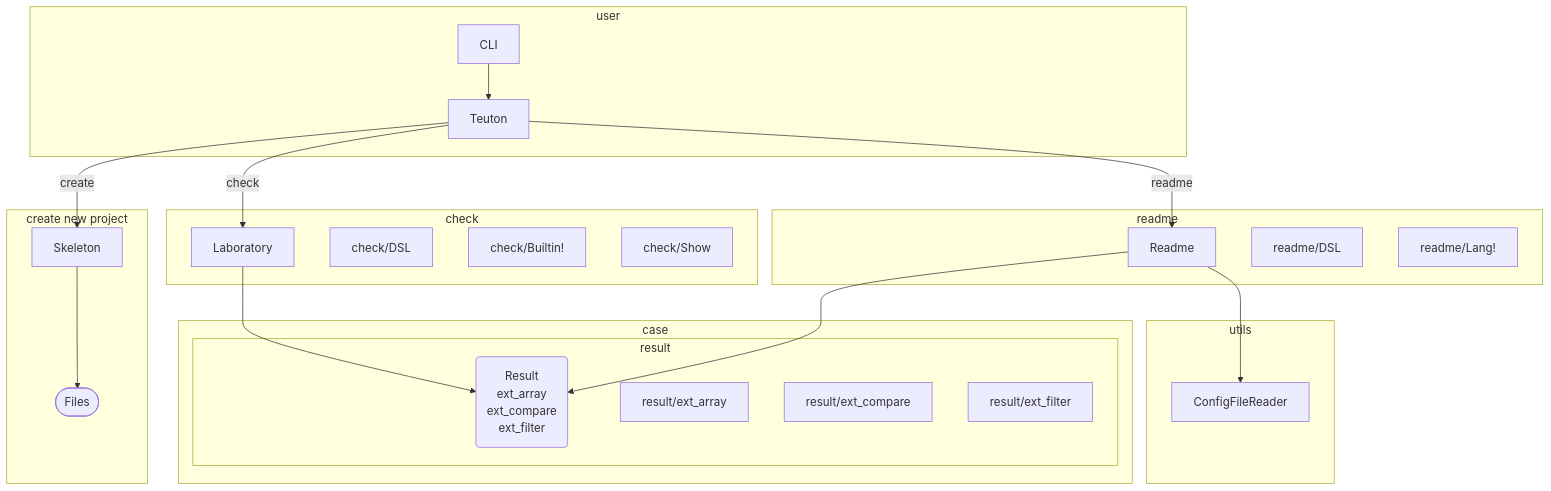
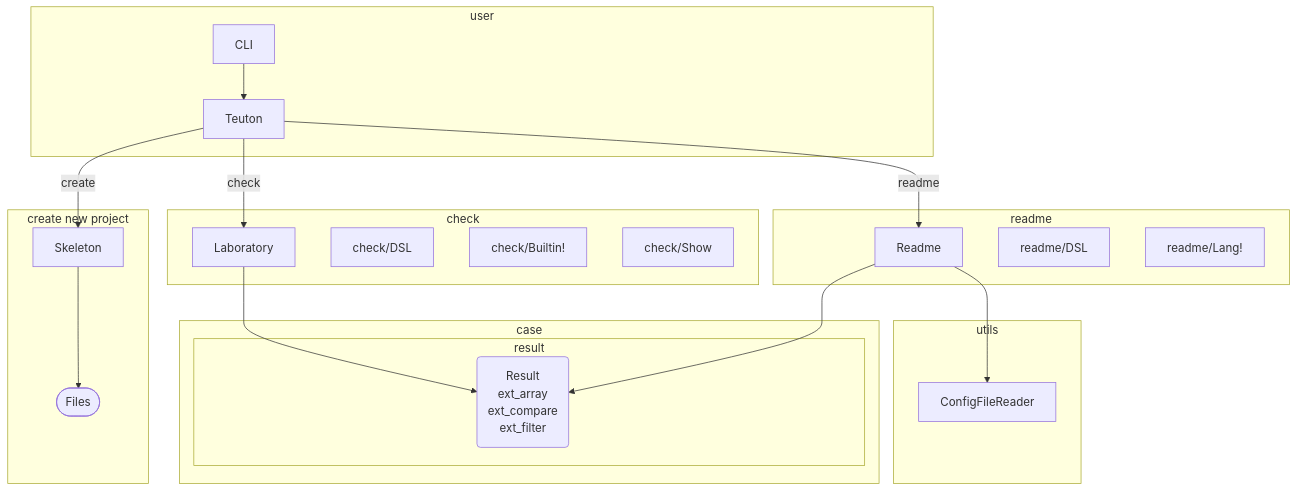
One commit to teuton-software/teuton changed the first of 2 diagrams in docs/diagram.md. Above: the diagram before and after it, drawn with Mermaid. The commit also changed other lines of this file, not shown here.

````diff
--- a/docs/diagram.md
+++ b/docs/diagram.md
@@ -5,42 +5,39 @@
 ```mermaid
 flowchart TB
 
 subgraph user
   CLI --> Teuton
 end
 
 subgraph "create new project"
   Teuton -- create --> Skeleton
   Skeleton --> Files([Files])
 end
 
 subgraph check
   Teuton -- check --> Laboratory
 
   check/DSL
   check/Builtin!
   check/Show
 end
 
 subgraph readme
   Teuton -- readme --> Readme
 
   readme/DSL
   readme/Lang!  
 end
 
 subgraph case
 
   subgraph result
     Laboratory --> Result
     Readme --> Result("Result\next_array\next_compare\next_filter")
-    result/ext_array
-    result/ext_compare
-    result/ext_filter
   end
 end
 
 subgraph utils
   Readme --> ConfigFileReader
 end
 ```
````
